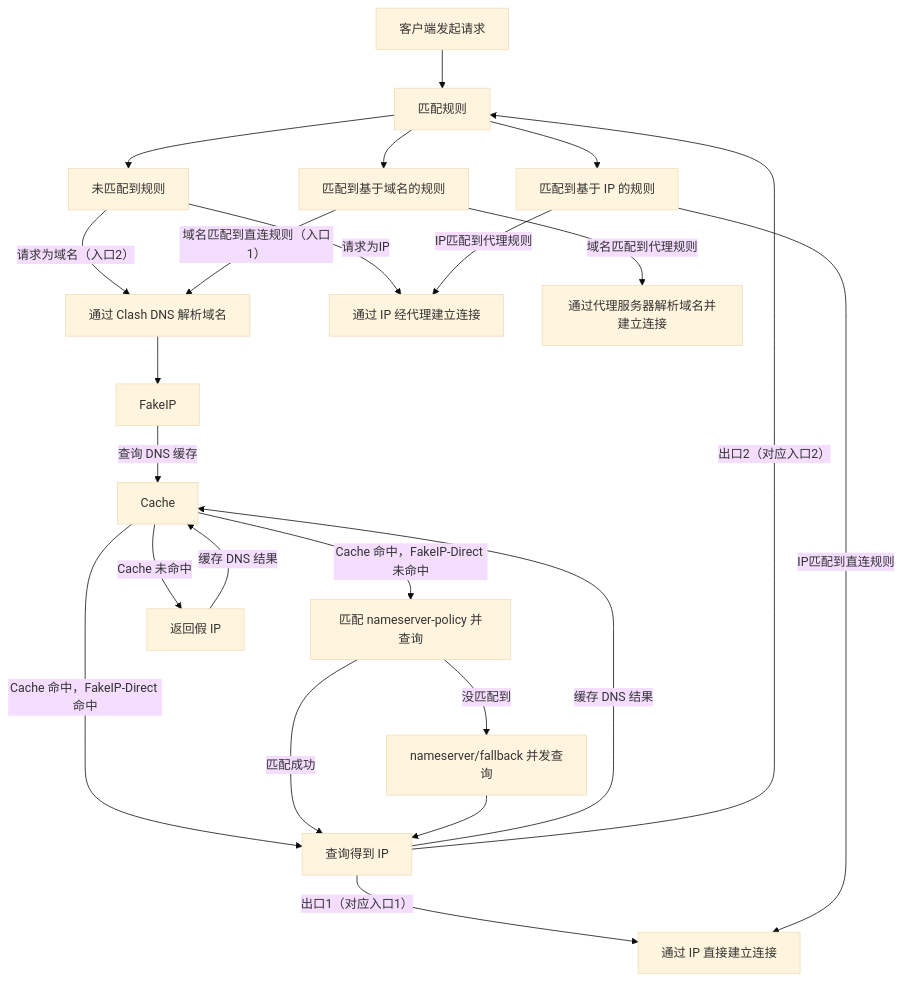
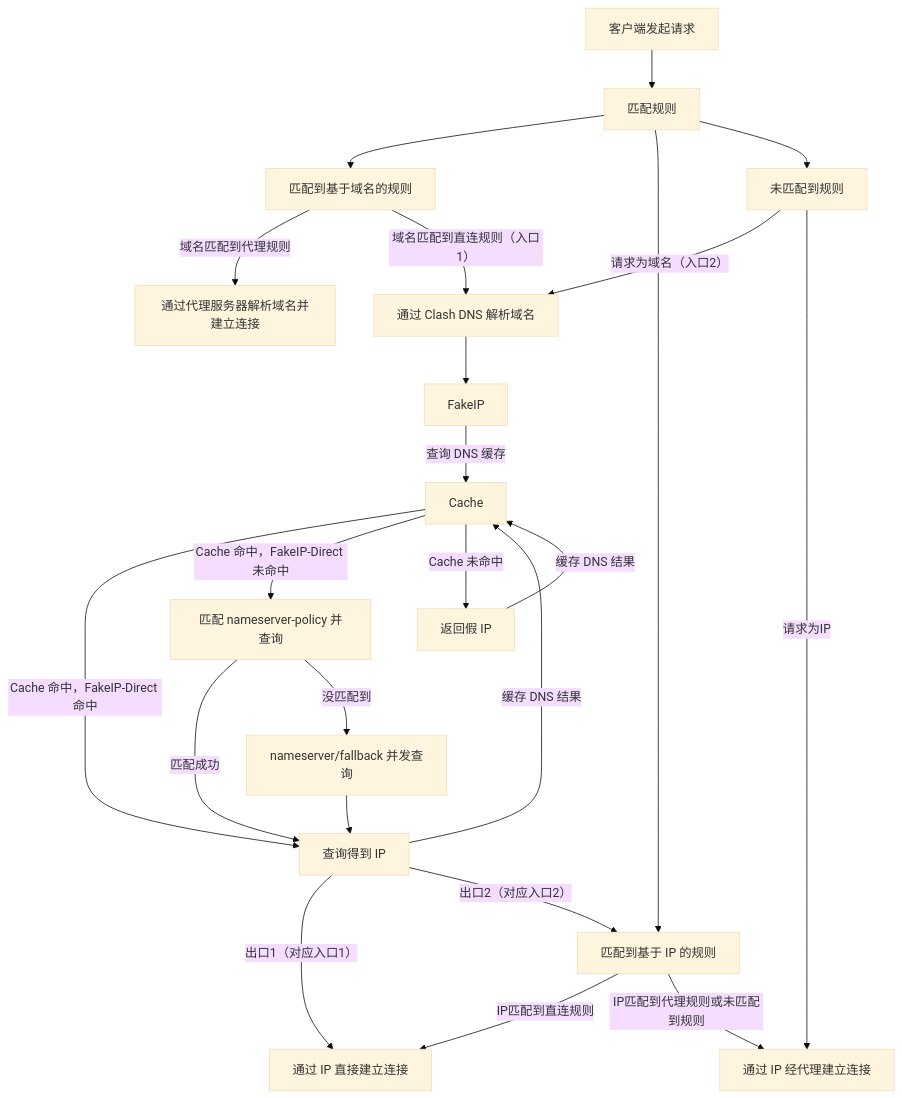
One commit to Jishi0/sub-rule changed the diagram in mihomoDNS解析流程.md. Above: the diagram before and after it, drawn with Mermaid (base theme).

````diff
--- a/mihomoDNS解析流程.md
+++ b/mihomoDNS解析流程.md
@@ -1,37 +1,37 @@
 ```mermaid
 flowchart TD
   Start[客户端发起请求] --> rule[匹配规则]
   rule -->  Domain[匹配到基于域名的规则]
   rule --> IP[匹配到基于 IP 的规则]
   rule --> null[未匹配到规则]
 
   null --> |请求为域名（入口2）|DNS
   null --> |请求为IP|Proxy
 
   Domain --> |域名匹配到代理规则|Remote[通过代理服务器解析域名并建立连接]
   Domain --> |域名匹配到直连规则（入口1）|DNS[通过 Clash DNS 解析域名]
 
   DNS --> FakeIP
   FakeIP --> |查询 DNS 缓存|Cache
 
   Cache --> |Cache 命中，FakeIP-Direct 命中|Get[查询得到 IP]
   Cache --> |Cache 命中，FakeIP-Direct 未命中|NS[匹配 nameserver-policy 并查询 ]
   Cache --> |Cache 未命中|FakeGet[返回假 IP]
 
   NS --> |匹配成功| Get
   NS --> |没匹配到| NF[nameserver/fallback 并发查询]
   NF --> Get
 
   Get --> |缓存 DNS 结果|Cache
   FakeGet --> |缓存 DNS 结果|Cache
 
 
   Get --> |出口1（对应入口1）|Direct[通过 IP 直接建立连接]
-  Get --> |出口2（对应入口2）|rule
+  Get --> |出口2（对应入口2）|IP
 
   IP --> |IP匹配到直连规则|Direct
-  IP --> |IP匹配到代理规则|Proxy[通过 IP 经代理建立连接]
+  IP --> |IP匹配到代理规则或未匹配到规则|Proxy[通过 IP 经代理建立连接]
 
 
 
 ```
````
